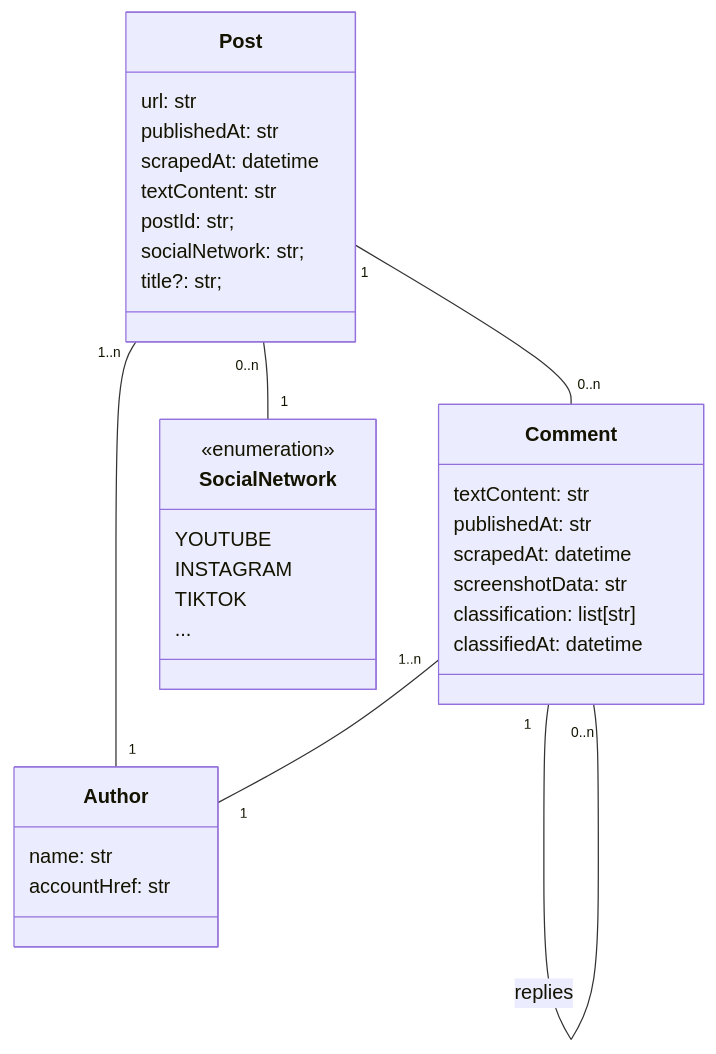
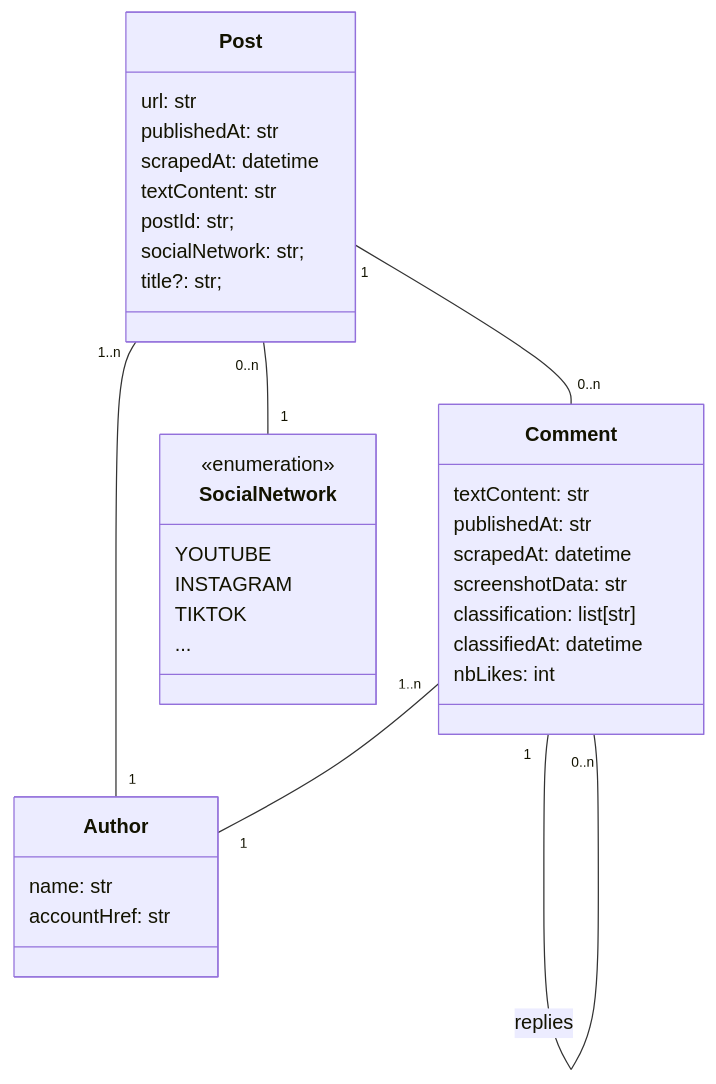
Before and after one commit to dataforgoodfr/14_BalanceTesHaters: the diagram in docs/frontend/model.md, drawn with Mermaid. The commit also changed 3 other files, not shown here.

````diff
--- a/docs/frontend/model.md
+++ b/docs/frontend/model.md
@@ -4,43 +4,44 @@
 ```mermaid
 classDiagram
     class Post {
         url: str
         
         publishedAt: str
 
         scrapedAt: datetime
         textContent: str
 
         postId: str;
         socialNetwork: str;
         title?: str;
     }
     
     class Author {
         name: str
         accountHref: str
     }
 
     class Comment {
         textContent: str
         publishedAt: str
         scrapedAt: datetime
         screenshotData: str
         classification: list[str]
         classifiedAt: datetime
+        nbLikes: int
     }
 
     class SocialNetwork {
         <<enumeration>>
         YOUTUBE
         INSTAGRAM
         TIKTOK
         ...
     }
 
     Post "1..n" -- "1" Author
     Post "0..n" -- "1" SocialNetwork
     Post "1" -- "0..n" Comment
     Comment "1..n" -- "1" Author
     Comment "1" -- "0..n" Comment : replies
 ```
````
